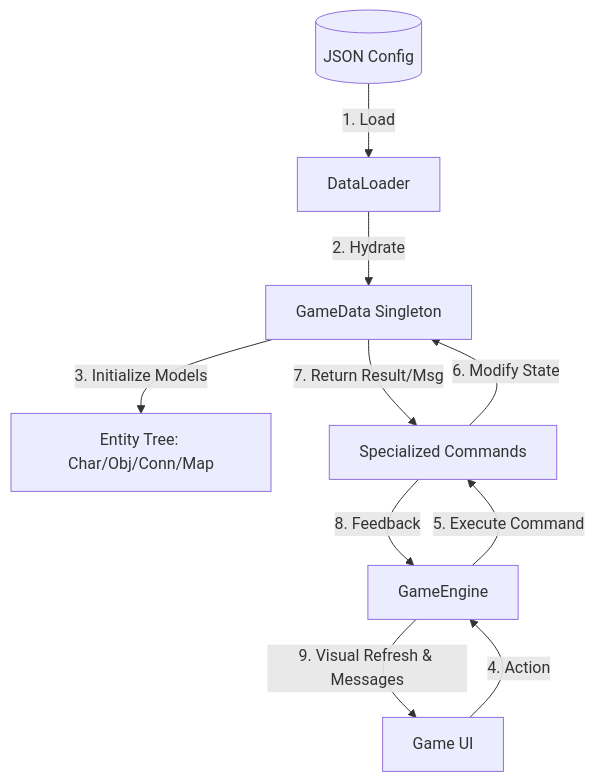
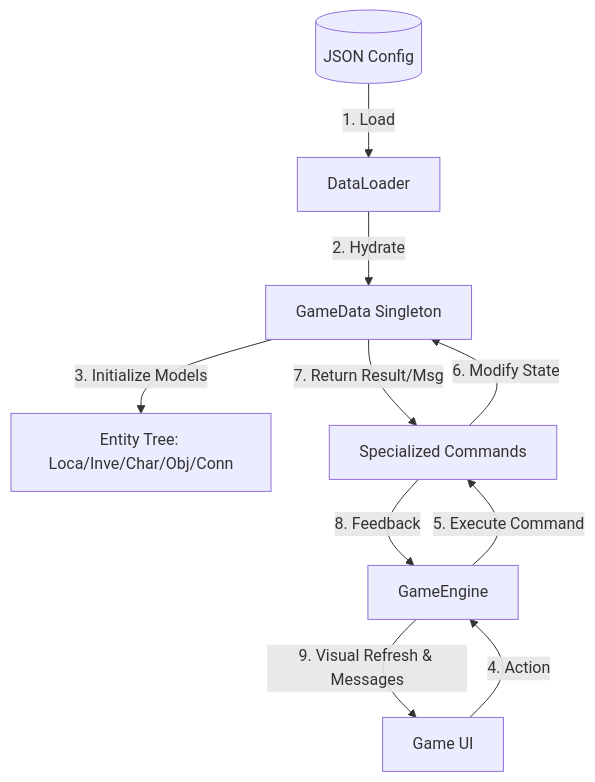
One commit to jialin-uwo/jialin-uwo changed the diagram in README.md. Above: the diagram before and after it, drawn with Mermaid. The commit also changed other lines of this file, not shown here.

Commit message:
Update architecture highlights and entity tree terminology

````diff
--- a/README.md
+++ b/README.md
@@ -40,17 +40,17 @@
 ```mermaid
 graph TD
     %% Initialization Phase
     JSON[(JSON Config)] -- 1. Load --> Loader[DataLoader]
     Loader -- 2. Hydrate --> Data[GameData Singleton]
-    Data -- 3. Initialize Models --> Models[Entity Tree: Char/Obj/Conn/Map]
+    Data -- 3. Initialize Models --> Models[Entity Tree: Loca/Inve/Char/Obj/Conn]
     
     %% Runtime Interaction Phase
     UI[Game UI] -- 4. Action --> Engine[GameEngine]
     Engine -- 5. Execute Command --> Cmd[Specialized Commands]
     
     %% Feedback Loop
     Cmd -- 6. Modify State --> Data
     Data -- 7. Return Result/Msg --> Cmd
     Cmd -- 8. Feedback --> Engine
     Engine -- 9. Visual Refresh & Messages --> UI
 ```
````
